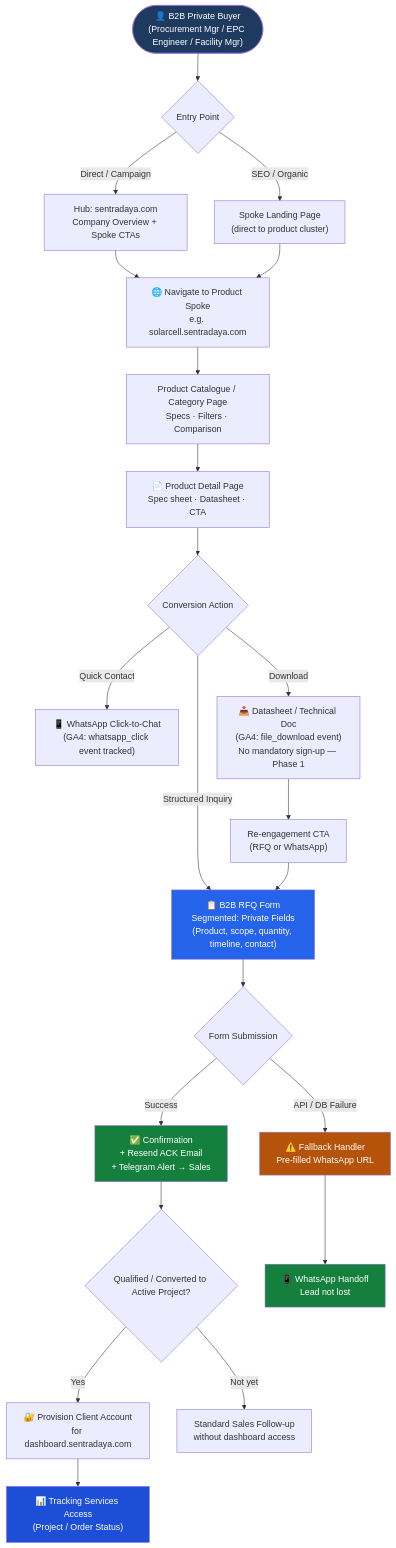
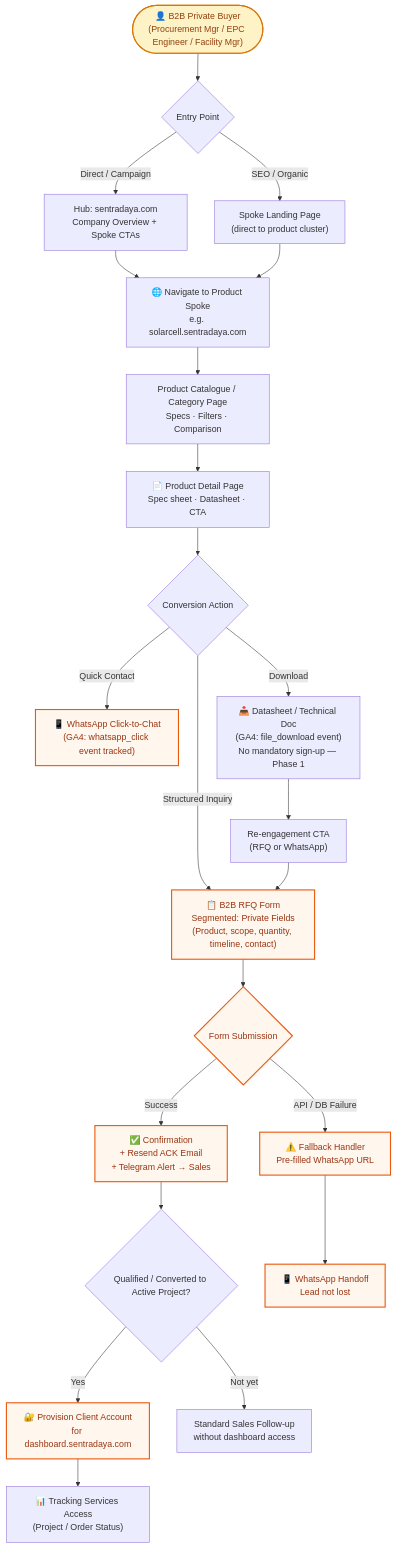
The third of 4 diagrams in .taskmaster/docs/prd/prd-v3.md (pampam666/awesome-website-test), drawn with Mermaid before and after one commit. The commit also changed other lines of this file and 7 other files, not shown here.

Commit message:
docs: initialize information architecture and project requirement documentation for digital ecosystem platform

````diff
--- a/.taskmaster/docs/prd/prd-v3.md
+++ b/.taskmaster/docs/prd/prd-v3.md
@@ -189,32 +200,36 @@
 ```mermaid
 flowchart TD
+    classDef entry fill:#fef3c7,stroke:#d97706,stroke-width:2px,color:#92400e
+    classDef conversion fill:#fff7ed,stroke:#ea580c,stroke-width:2px,color:#9a3412
+
     A(["👤 B2B Private Buyer\n(Procurement Mgr / EPC Engineer / Facility Mgr)"])
     A --> B{"Entry Point"}
     B -->|"Direct / Campaign"| C["Hub: sentradaya.com\nCompany Overview + Spoke CTAs"]
     B -->|"SEO / Organic"| D["Spoke Landing Page\n(direct to product cluster)"]
     C --> E["🌐 Navigate to Product Spoke\ne.g. solarcell.sentradaya.com"]
     D --> E
     E --> F["Product Catalogue / Category Page\nSpecs · Filters · Comparison"]
     F --> G["📄 Product Detail Page\nSpec sheet · Datasheet · CTA"]
     G --> H{"Conversion Action"}
     H -->|"Structured Inquiry"| I["📋 B2B RFQ Form\nSegmented: Private Fields\n(Product, scope, quantity, timeline, contact)"]
     H -->|"Quick Contact"| J["📱 WhatsApp Click-to-Chat\n(GA4: whatsapp_click event tracked)"]
     H -->|"Download"| K["📥 Datasheet / Technical Doc\n(GA4: file_download event)\nNo mandatory sign-up — Phase 1"]
     I --> L{"Form Submission"}
     L -->|"Success"| M["✅ Confirmation\n+ Resend ACK Email\n+ Telegram Alert → Sales"]
     M --> Q{"Qualified / Converted to Active Project?"}
     Q -->|"Yes"| R["🔐 Provision Client Account\nfor dashboard.sentradaya.com"]
     R --> S["📊 Tracking Services Access\n(Project / Order Status)"]
     Q -->|"Not yet"| T["Standard Sales Follow-up\nwithout dashboard access"]
     L -->|"API / DB Failure"| N["⚠️ Fallback Handler\nPre-filled WhatsApp URL"]
     N --> O["📱 WhatsApp Handoff\nLead not lost"]
     K --> P["Re-engagement CTA\n(RFQ or WhatsApp)"]
     P --> I
-
-    style A fill:#1e3a5f,color:#fff
-    style I fill:#2563eb,color:#fff
-    style M fill:#15803d,color:#fff
-    style N fill:#b45309,color:#fff
-    style O fill:#15803d,color:#fff
-    style S fill:#1d4ed8,color:#fff
+    class A entry
+    class I conversion
+    class J conversion
+    class L conversion
+    class M conversion
+    class N conversion
+    class O conversion
+    class R conversion
 ```
````
